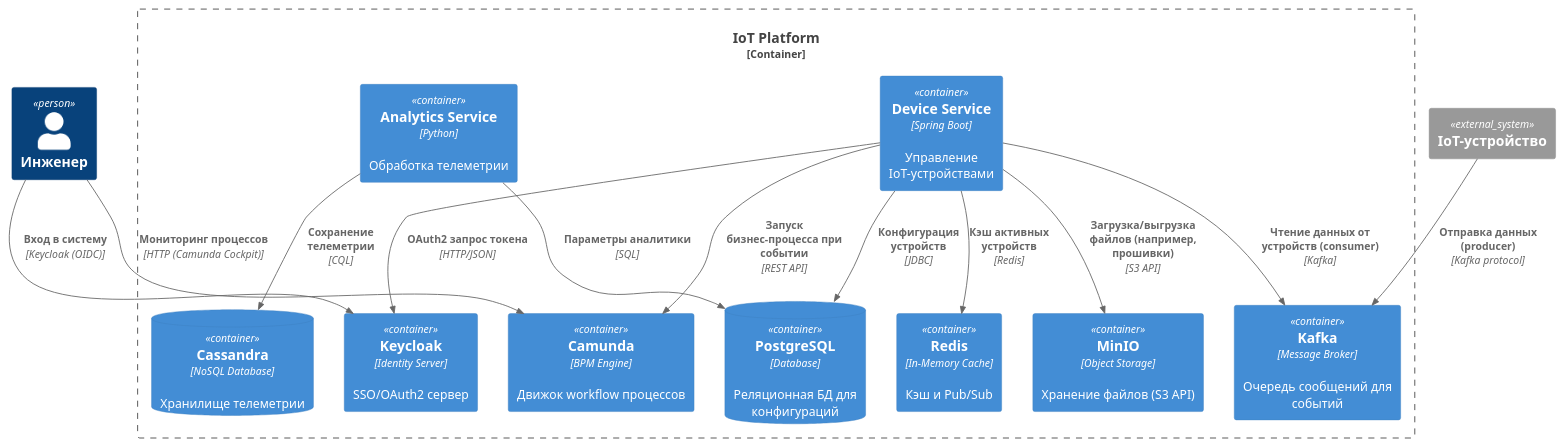
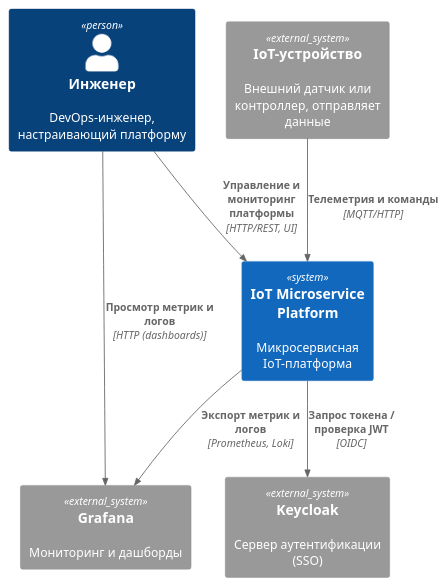
One commit to ApenDover/ourcode-iot-platform changed the diagram in diagrams/context.puml. Above: the diagram before and after it, drawn with PlantUML. The commit also changed 3 other files, not shown here.

```diff
--- a/diagrams/context.puml
+++ b/diagrams/context.puml
@@ -1,30 +1,16 @@
-@startuml Containers
-!includeurl https://raw.githubusercontent.com/plantuml-stdlib/C4-PlantUML/master/C4_Container.puml
+@startuml Context
+!includeurl https://raw.githubusercontent.com/plantuml-stdlib/C4-PlantUML/master/C4_Context.puml
 
-Person(engineer, "Инженер")
-Container_Boundary(platform, "IoT Platform") {
-    Container(api, "Device Service", "Spring Boot", "Управление IoT-устройствами")
-    Container(processing, "Analytics Service", "Python", "Обработка телеметрии")
-    ContainerDb(pg, "PostgreSQL", "Database", "Реляционная БД для конфигураций")
-    ContainerDb(cassandra, "Cassandra", "NoSQL Database", "Хранилище телеметрии")
-    Container(queue, "Kafka", "Message Broker", "Очередь сообщений для событий")
-    Container(cache, "Redis", "In-Memory Cache", "Кэш и Pub/Sub")
-    Container(ext_auth, "Keycloak", "Identity Server", "SSO/OAuth2 сервер")
-    Container(ext_bpm, "Camunda", "BPM Engine", "Движок workflow процессов")
-    Container(minio, "MinIO", "Object Storage", "Хранение файлов (S3 API)")
-}
+Person(engineer, "Инженер", "DevOps-инженер, настраивающий платформу")
+System(System_IoT, "IoT Microservice Platform", "Микросервисная IoT-платформа")
+System_Ext(device, "IoT-устройство", "Внешний датчик или контроллер, отправляет данные")
+System_Ext(keycloak, "Keycloak", "Сервер аутентификации (SSO)")
+System_Ext(grafana, "Grafana", "Мониторинг и дашборды")
 
-System_Ext(device, "IoT-устройство")
-Rel(device, queue, "Отправка данных (producer)", "Kafka protocol")
-Rel(api, queue, "Чтение данных от устройств (consumer)", "Kafka")
-Rel(api, pg, "Конфигурация устройств", "JDBC")
-Rel(processing, cassandra, "Сохранение телеметрии", "CQL")
-Rel(processing, pg, "Параметры аналитики", "SQL")
-Rel(api, cache, "Кэш активных устройств", "Redis")
-Rel(api, ext_auth, "OAuth2 запрос токена", "HTTP/JSON")
-Rel(engineer, ext_auth, "Вход в систему", "Keycloak (OIDC)")
-Rel(engineer, ext_bpm, "Мониторинг процессов", "HTTP (Camunda Cockpit)")
-Rel(api, ext_bpm, "Запуск бизнес-процесса при событии", "REST API")
-Rel(api, minio, "Загрузка/выгрузка файлов (например, прошивки)", "S3 API")
+Rel(engineer, System_IoT, "Управление и мониторинг платформы", "HTTP/REST, UI")
+Rel(device, System_IoT, "Телеметрия и команды", "MQTT/HTTP")
+Rel(engineer, grafana, "Просмотр метрик и логов", "HTTP (dashboards)")
+Rel(System_IoT, keycloak, "Запрос токена / проверка JWT", "OIDC")
+Rel(System_IoT, grafana, "Экспорт метрик и логов", "Prometheus, Loki")
 
 @enduml
```
